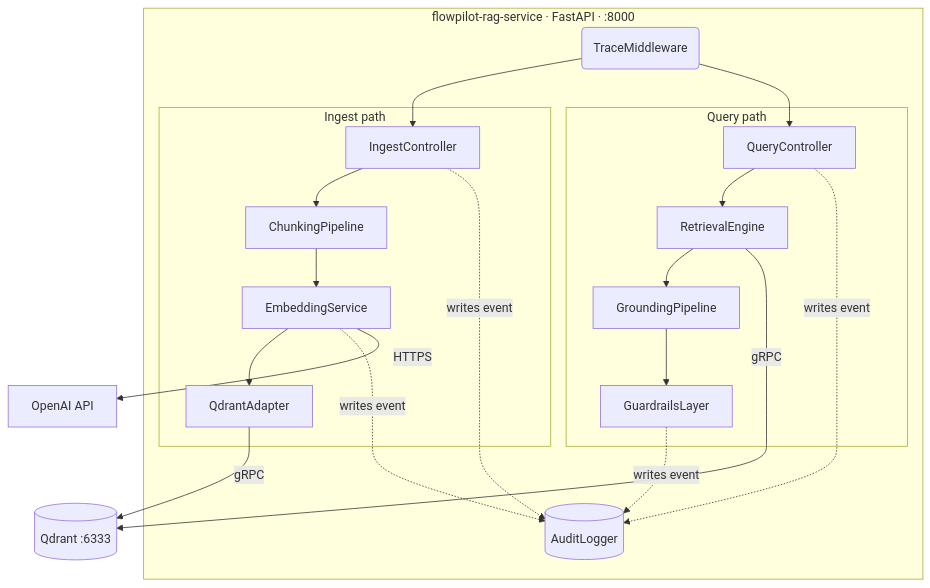
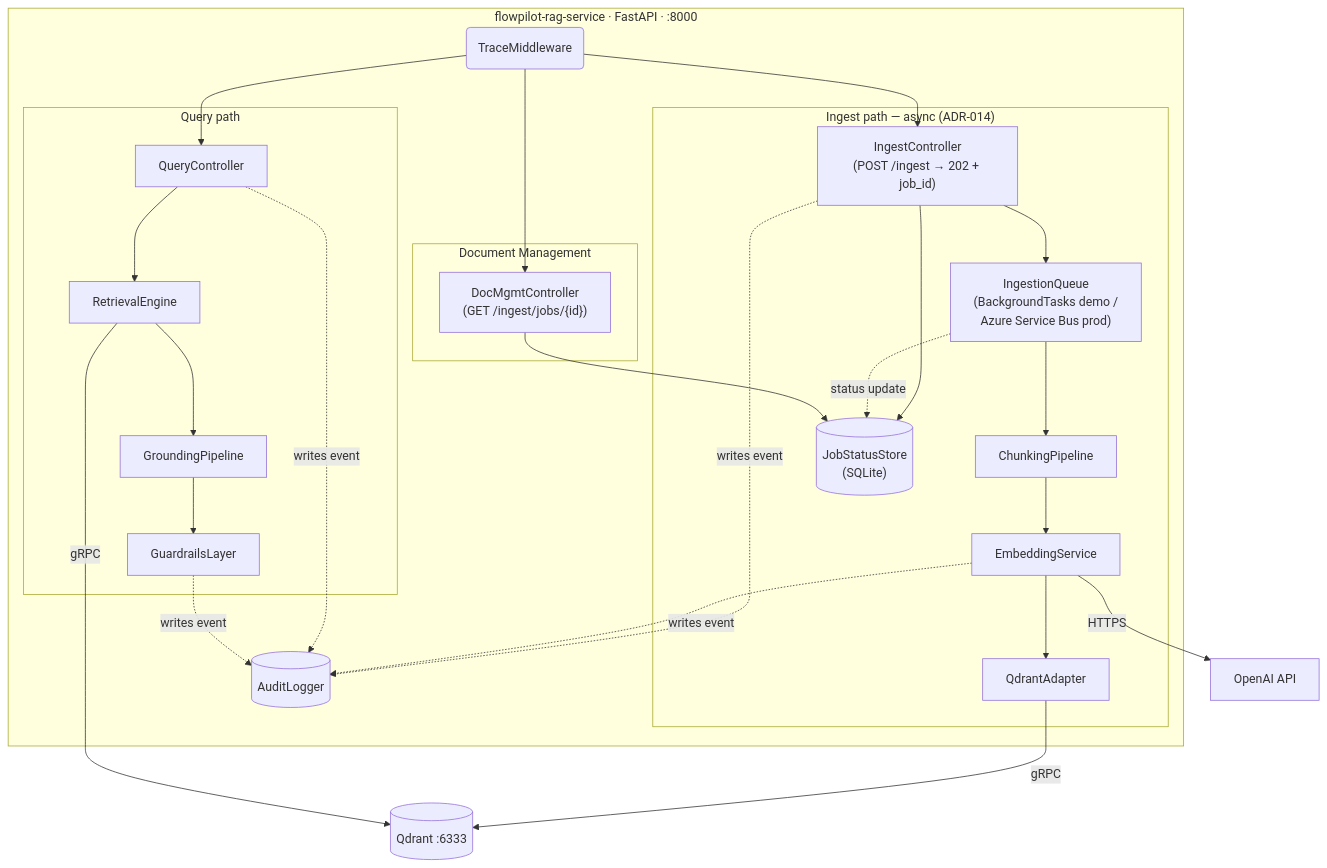
The diagram in architecture/c4-level3-rag-service.md (nitindra-soekhai/flowpilot-docs), drawn with Mermaid before and after one commit. The commit also changed other lines of this file and 10 other files, not shown here.

Commit message:
docs: update architecture diagrams to v1.6 state

````diff
--- a/architecture/c4-level3-rag-service.md
+++ b/architecture/c4-level3-rag-service.md
@@ -3,24 +3,30 @@
 ```mermaid
 flowchart TD
     subgraph RAG ["flowpilot-rag-service · FastAPI · :8000"]
         TM("TraceMiddleware")
 
-        subgraph IP ["Ingest path"]
-            IC["IngestController"] --> CP["ChunkingPipeline"]
+        subgraph IP ["Ingest path — async (ADR-014)"]
+            IC["IngestController\n(POST /ingest → 202 + job_id)"] --> IQ["IngestionQueue\n(BackgroundTasks demo /\nAzure Service Bus prod)"]
+            IQ --> CP["ChunkingPipeline"]
             CP --> ES["EmbeddingService"] --> QA["QdrantAdapter"]
+            IC --> JS[("JobStatusStore\n(SQLite)")]
+            IQ -.->|status update| JS
+        end
+        subgraph DM ["Document Management"]
+            DMC["DocMgmtController\n(GET /ingest/jobs/{id})"] --> JS
         end
 
         subgraph QP ["Query path"]
             QC["QueryController"] --> RE["RetrievalEngine"]
             RE --> GP["GroundingPipeline"] --> GL["GuardrailsLayer"]
         end
 
         AL[("AuditLogger")]
     end
 
-    TM --> IC & QC
+    TM --> IC & QC & DMC
     IC & QC & ES & GL -.->|writes event| AL
     QA -->|gRPC| QDB[("Qdrant :6333")]
     RE -->|gRPC| QDB
     ES -->|HTTPS| OAI["OpenAI API"]
 ```
````
